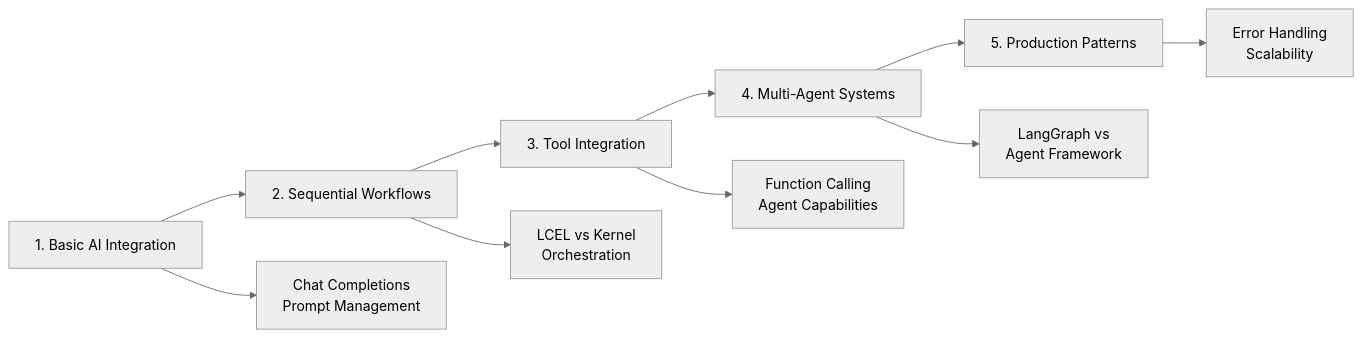
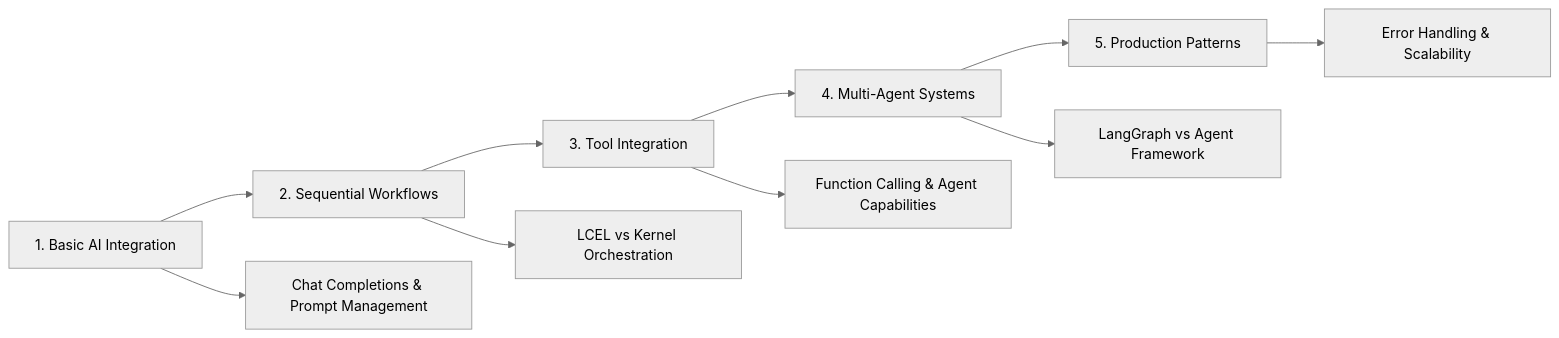
Before and after one commit to ChrisMcKee1/llm-framework-evaluation: the diagram in README.md, drawn with Mermaid (neutral theme).

Commit message:
Fix Mermaid diagram syntax in README

````diff
--- a/README.md
+++ b/README.md
@@ -117,13 +117,13 @@
 ```mermaid
 graph LR
     A[1. Basic AI Integration] --> B[2. Sequential Workflows]
     B --> C[3. Tool Integration] 
     C --> D[4. Multi-Agent Systems]
     D --> E[5. Production Patterns]
     
-    A --> F[Chat Completions<br>Prompt Management]
-    B --> G[LCEL vs Kernel<br>Orchestration]
-    C --> H[Function Calling<br>Agent Capabilities]
-    D --> I[LangGraph vs<br>Agent Framework]
-    E --> J[Error Handling<br>Scalability]
+    A --> F["Chat Completions & Prompt Management"]
+    B --> G["LCEL vs Kernel Orchestration"]
+    C --> H["Function Calling & Agent Capabilities"]
+    D --> I["LangGraph vs Agent Framework"]
+    E --> J["Error Handling & Scalability"]
 ```
````
